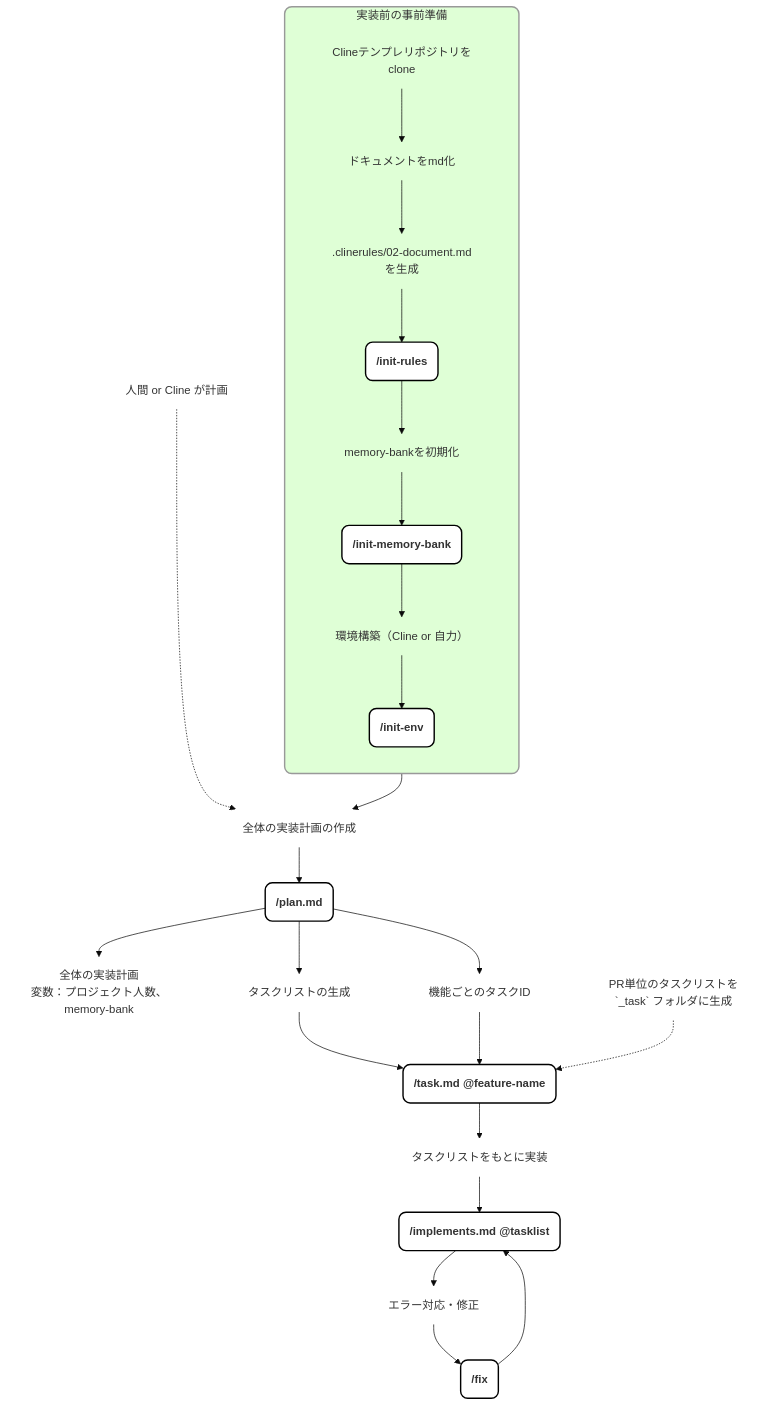
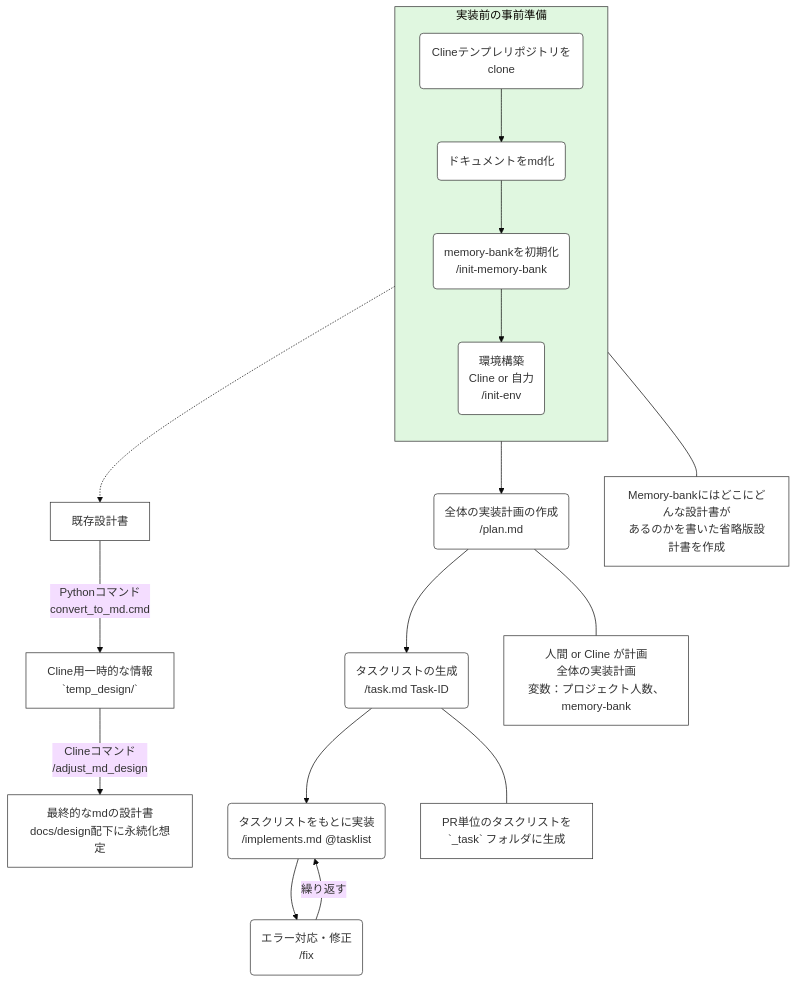
One commit to RyukaST077/ai-first-project changed the second of 2 diagrams in README.md. Above: the diagram before and after it, drawn with Mermaid (base theme).

`````diff
--- a/README.md
+++ b/README.md
@@ -8,51 +8,57 @@
 ```mermaid
 graph TD
     %% スタイル定義
     classDef default fill:#fff,stroke:#333,stroke-width:1px;
-    classDef command fill:#fff,stroke:#000,stroke-width:2px,rx:10,ry:10,font-weight:bold;
-    classDef container fill:#dfffd6,stroke:#999,stroke-width:2px,rx:10,ry:10,color:#333;
-    classDef plain fill:none,stroke:none,color:#333;
+    classDef greenGroup fill:#e0f7e0,stroke:#333,stroke-width:1px;
+    classDef note fill:none,stroke:none;
 
-    %% --- 実装前の事前準備エリア ---
+    %% 事前準備サブグラフ
     subgraph Prep [実装前の事前準備]
         direction TB
-        Step1[Clineテンプレリポジトリをclone]:::plain --> Step2[ドキュメントをmd化]:::plain
-        Step2 --> Step3[.clinerules/02-document.mdを生成]:::plain
-        Step3 --> Cmd1(/init-rules):::command
-        Cmd1 --> Step4[memory-bankを初期化]:::plain
-        Step4 --> Cmd2(/init-memory-bank):::command
-        Cmd2 --> Step5["環境構築（Cline or 自力）"]:::plain
-        Step5 --> Cmd3(/init-env):::command
+        Clone("Clineテンプレリポジトリをclone")
+        MD("ドキュメントをmd化")
+        InitMB("memory-bankを初期化<br>/init-memory-bank")
+        Env("環境構築<br>Cline or 自力<br>/init-env")
+
+        Clone --> MD
+        MD --> InitMB
+        InitMB --> Env
     end
+    class Prep greenGroup
 
-    %% --- 実装計画フェーズ ---
-    Cmd3 --> Step6[全体の実装計画の作成]:::plain
-    Step6 --> Cmd4(/plan.md):::command
+    %% ドキュメント変換フロー（右側）
+    Existing["既存設計書"]
+    Temp["Cline用一時的な情報<br>`temp_design/`"]
+    Final["最終的なmdの設計書<br>docs/design配下に永続化想定"]
 
-    %% plan.md からの分岐・注釈
-    NotePlan[人間 or Cline が計画]:::plain -.-> Step6
-    Cmd4 --> OutPlan["全体の実装計画<br>変数：プロジェクト人数、memory-bank"]:::plain
-    Cmd4 --> OutID[機能ごとのタスクID]:::plain
+    MD -.-> Existing
+    Existing -- "Pythonコマンド<br>convert_to_md.cmd" --> Temp
+    Temp -- "Clineコマンド<br>/adjust_md_design" --> Final
 
-    %% --- タスクリスト生成 ---
-    Cmd4 --> Step7[タスクリストの生成]:::plain
-    Step7 --> Cmd5("/task.md @feature-name"):::command
-    
-    %% 矢印の合流
-    OutID --> Cmd5
-    NoteTask["PR単位のタスクリストを<br>`_task` フォルダに生成"]:::plain -.-> Cmd5
+    %% メインフロー続き
+    Plan("全体の実装計画の作成<br>/plan.md")
+    Task("タスクリストの生成<br>/task.md Task-ID")
+    Impl("タスクリストをもとに実装<br>/implements.md @tasklist")
+    Fix("エラー対応・修正<br>/fix")
 
-    %% --- 実装フェーズ ---
-    Cmd5 --> Step8[タスクリストをもとに実装]:::plain
-    Step8 --> Cmd6("/implements.md @tasklist"):::command
+    Env --> Plan
+    Plan --> Task
+    Task --> Impl
+    Impl --> Fix
+    Fix -- "繰り返す" --> Impl
 
-    %% --- 修正ループ ---
-    Cmd6 --> Step9[エラー対応・修正]:::plain
-    Step9 --> Cmd7(/fix):::command
-    
-    %% ループバック
-    Cmd7 --> Cmd6
+    %% 注釈（右側）
+    NoteMB["Memory-bankにはどこにどんな設計書が<br>あるのかを書いた省略版設計書を作成"]
+    InitMB --- NoteMB
 
-    %% サブグラフのスタイル適用
-    class Prep container
-```
+    NotePlan["人間 or Cline が計画<br>全体の実装計画<br>変数：プロジェクト人数、memory-bank"]
+    Plan --- NotePlan
+
+    NoteTask["PR単位のタスクリストを<br>`_task` フォルダに生成"]
+    Task --- NoteTask
+
+    %% 注釈のスタイル適用
+    class NoteMB,NotePlan,NoteTask note```
+
+
+````
`````
